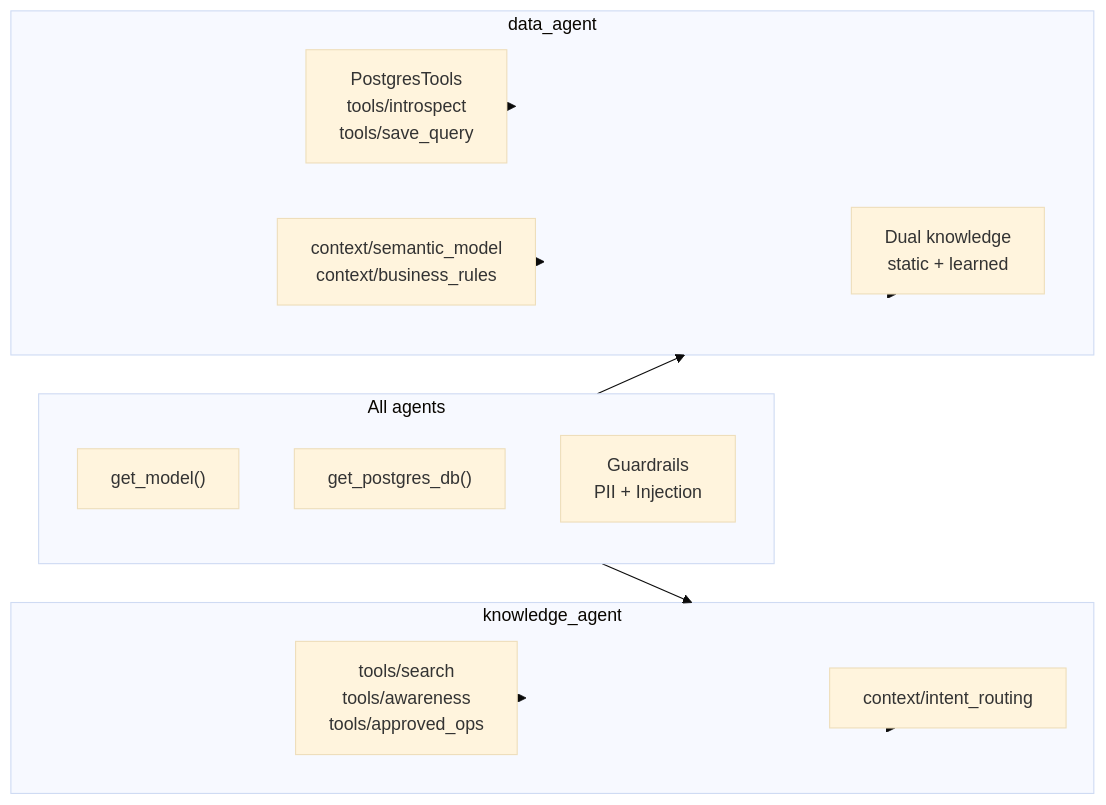
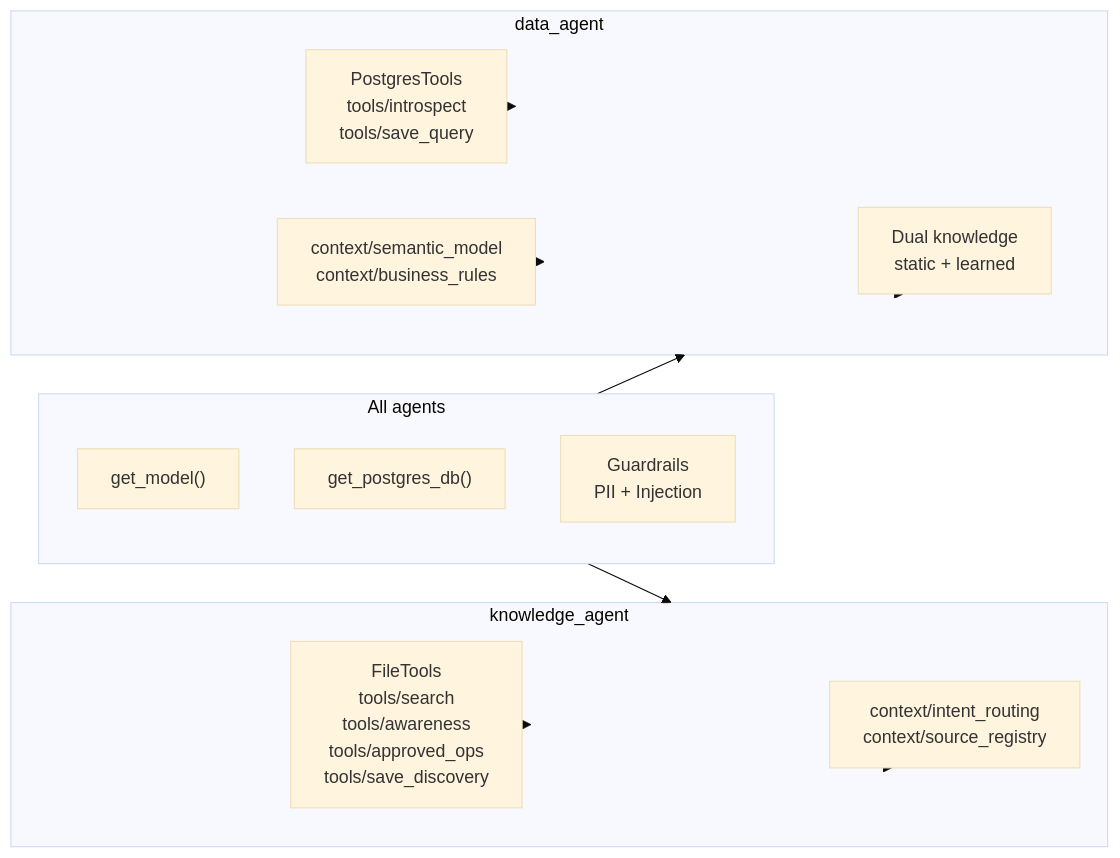
One commit to jrmatherly/agno-apollos changed the second of 5 diagrams in docs/reference/code-map.mdx. Above: the diagram before and after it, drawn with Mermaid (base theme). The commit also changed other lines of this file and 7 other files, not shown here.

````diff
--- a/docs/reference/code-map.mdx
+++ b/docs/reference/code-map.mdx
@@ -53,26 +53,26 @@
 ```mermaid
 graph LR
     subgraph common ["All agents"]
         M["get_model()"]
         S["get_postgres_db()"]
         G["Guardrails<br/>PII + Injection"]
     end
 
     subgraph ka ["knowledge_agent"]
-        KT["tools/search<br/>tools/awareness<br/>tools/approved_ops"]
-        KC["context/intent_routing"]
+        KT["FileTools<br/>tools/search<br/>tools/awareness<br/>tools/approved_ops<br/>tools/save_discovery"]
+        KC["context/intent_routing<br/>context/source_registry"]
     end
 
     subgraph da ["data_agent"]
         DT["PostgresTools<br/>tools/introspect<br/>tools/save_query"]
         DC["context/semantic_model<br/>context/business_rules"]
         DK["Dual knowledge<br/>static + learned"]
     end
 
     common --> ka & da
     KT --> ka
     KC --> ka
     DT --> da
     DC --> da
     DK --> da
 ```
````
